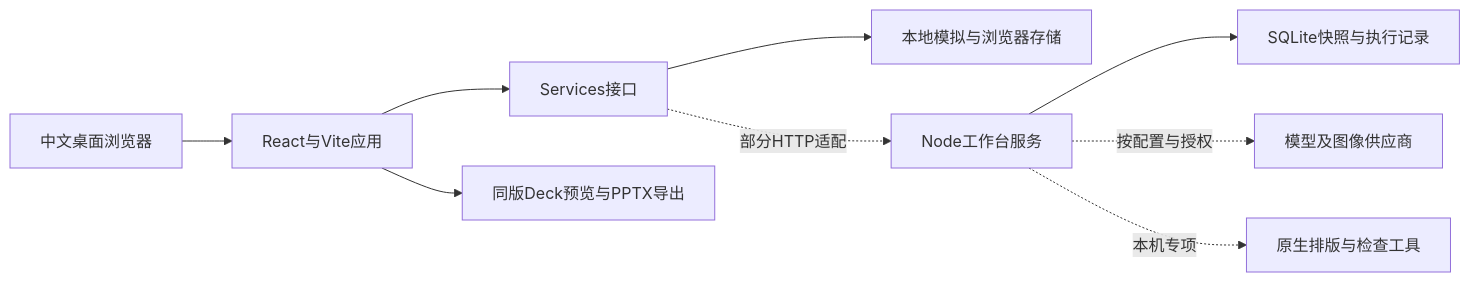
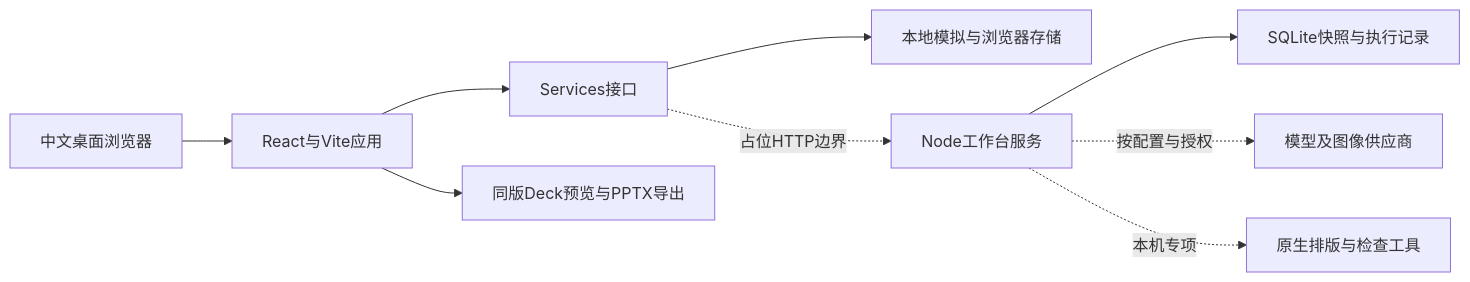
One commit to marctubud-pixel/pitch-agent changed the diagram in docs/architecture/runtime.md. Above: the diagram before and after it, drawn with Mermaid. The commit also changed other lines of this file and 37 other files, not shown here.

````diff
--- a/docs/architecture/runtime.md
+++ b/docs/architecture/runtime.md
@@ -5,11 +5,11 @@
 ```mermaid
 flowchart LR
   U[中文桌面浏览器] --> F[React与Vite应用]
   F --> S[Services接口]
   S --> M[本地模拟与浏览器存储]
-  S -.部分HTTP适配.-> H[Node工作台服务]
+  S -.占位HTTP边界.-> H[Node工作台服务]
   F --> D[同版Deck预览与PPTX导出]
   H --> B[SQLite快照与执行记录]
   H -.按配置与授权.-> P[模型及图像供应商]
   H -.本机专项.-> N[原生排版与检查工具]
 ```
````
